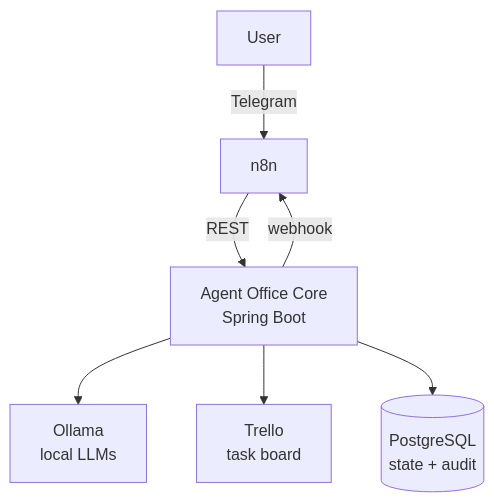
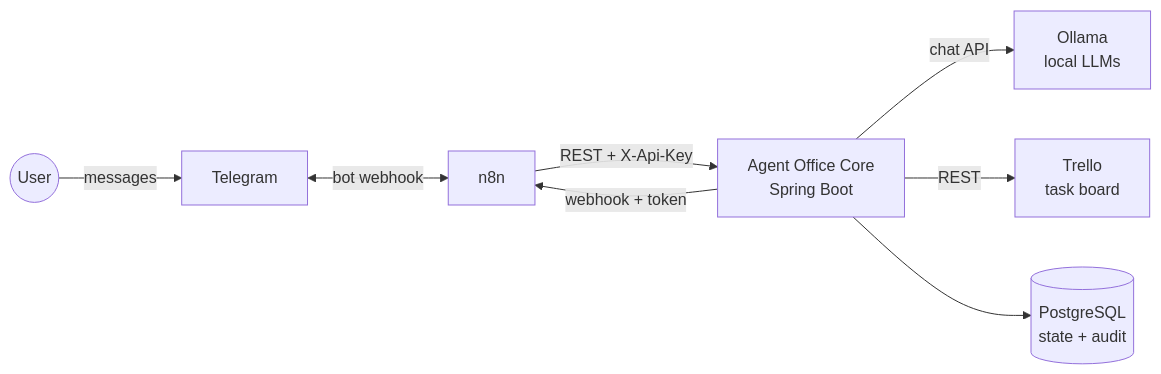
Before and after one commit to lucaph2003/agents-office-asistants: the first of 4 diagrams in README.md, drawn with Mermaid. The commit also changed other lines of this file and 8 other files, not shown here.

Commit message:
docs: add architecture and setup documentation

````diff
--- a/README.md
+++ b/README.md
@@ -11,9 +31,10 @@
 ```mermaid
-flowchart TD
-    User -->|Telegram| n8n
-    n8n -->|REST| Core[Agent Office Core<br/>Spring Boot]
-    Core -->|webhook| n8n
-    Core --> Ollama[Ollama<br/>local LLMs]
-    Core --> Trello[Trello<br/>task board]
-    Core --> DB[(PostgreSQL<br/>state + audit)]
+flowchart LR
+    User((User)) -->|messages| Telegram
+    Telegram <-->|bot webhook| n8n
+    n8n -->|REST + X-Api-Key| Core["Agent Office Core<br/>Spring Boot"]
+    Core -->|webhook + token| n8n
+    Core -->|chat API| Ollama["Ollama<br/>local LLMs"]
+    Core -->|REST| Trello["Trello<br/>task board"]
+    Core --> DB[("PostgreSQL<br/>state + audit")]
 ```
````
